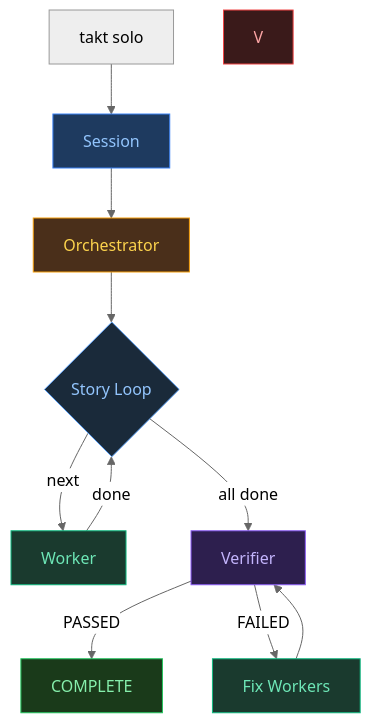
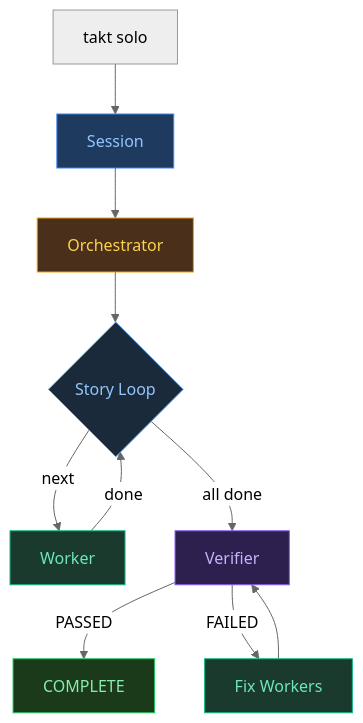
Before and after one commit to Sebstrdigital/takt: the third of 4 diagrams in README.md, drawn with Mermaid (neutral theme).

Commit message:
fix: remove orphan style declaration creating ghost node in solo diagram

````diff
--- a/README.md
+++ b/README.md
@@ -107,21 +107,20 @@
 ```mermaid
 graph TD
     U["takt solo"] --> S["Session"]
     S --> O["Orchestrator"]
     O --> L{"Story Loop"}
     L -- "next" --> W["Worker"]
     W -- "done" --> L
     L -- "all done" --> SV["Verifier"]
     SV -- "PASSED" --> C["COMPLETE"]
     SV -- "FAILED" --> FW["Fix Workers"]
     FW --> SV
 
     style S fill:#1e3a5f,stroke:#3b82f6,color:#93c5fd
     style O fill:#4a2f1a,stroke:#f59e0b,color:#fcd34d
     style W fill:#1a3a2e,stroke:#10b981,color:#6ee7b7
     style FW fill:#1a3a2e,stroke:#10b981,color:#6ee7b7
     style SV fill:#2d1f4e,stroke:#8b5cf6,color:#c4b5fd
     style C fill:#1a3a1a,stroke:#22c55e,color:#86efac
     style L fill:#1a2a3a,stroke:#60a5fa,color:#93c5fd
-    style V fill:#3a1a1a,stroke:#ef4444,color:#fca5a5
 ```
````
